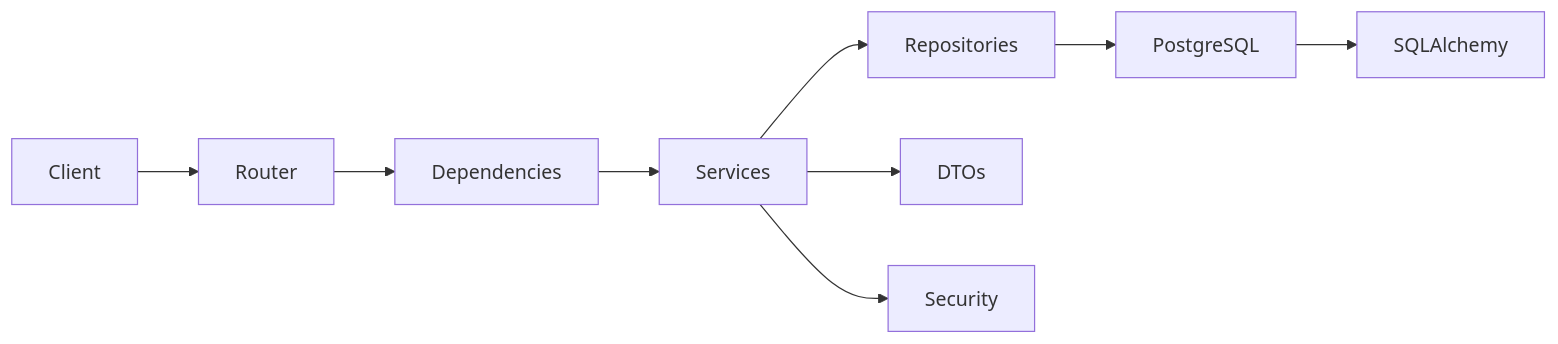
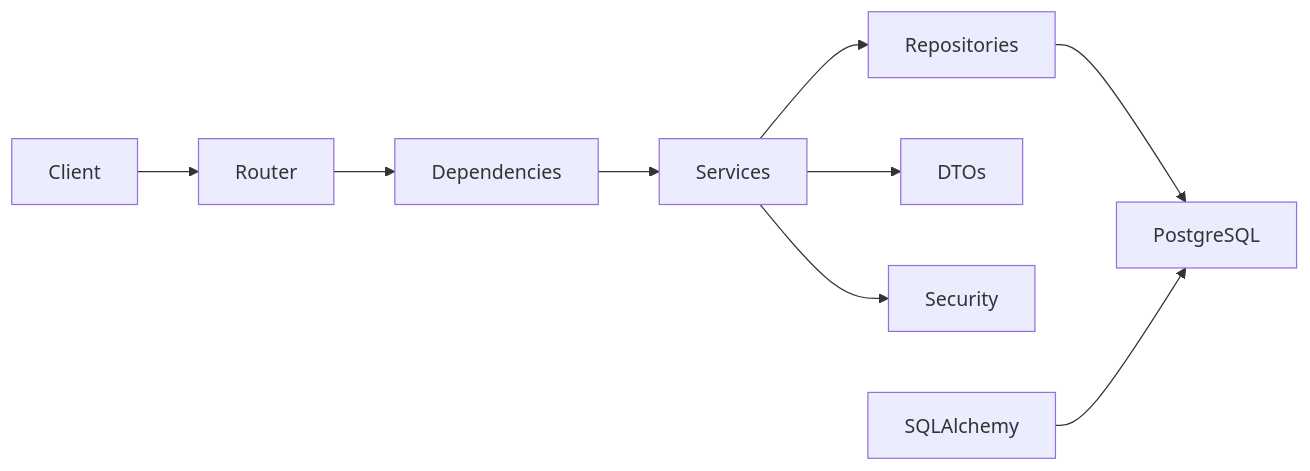
Before and after one commit to Chamith-Dilshan/SocialMediaApp: the diagram in README.md, drawn with Mermaid.

Commit message:
chores: small fix

````diff
--- a/README.md
+++ b/README.md
@@ -32,14 +32,14 @@
 ```mermaid
 flowchart LR
 
 Client --> Router
 Router --> Dependencies
 Dependencies --> Services
 Services --> Repositories
 Repositories --> PostgreSQL
 
 Services --> DTOs
 Services --> Security
 
-PostgreSQL --> SQLAlchemy
+SQLAlchemy --> PostgreSQL
 ```
````
